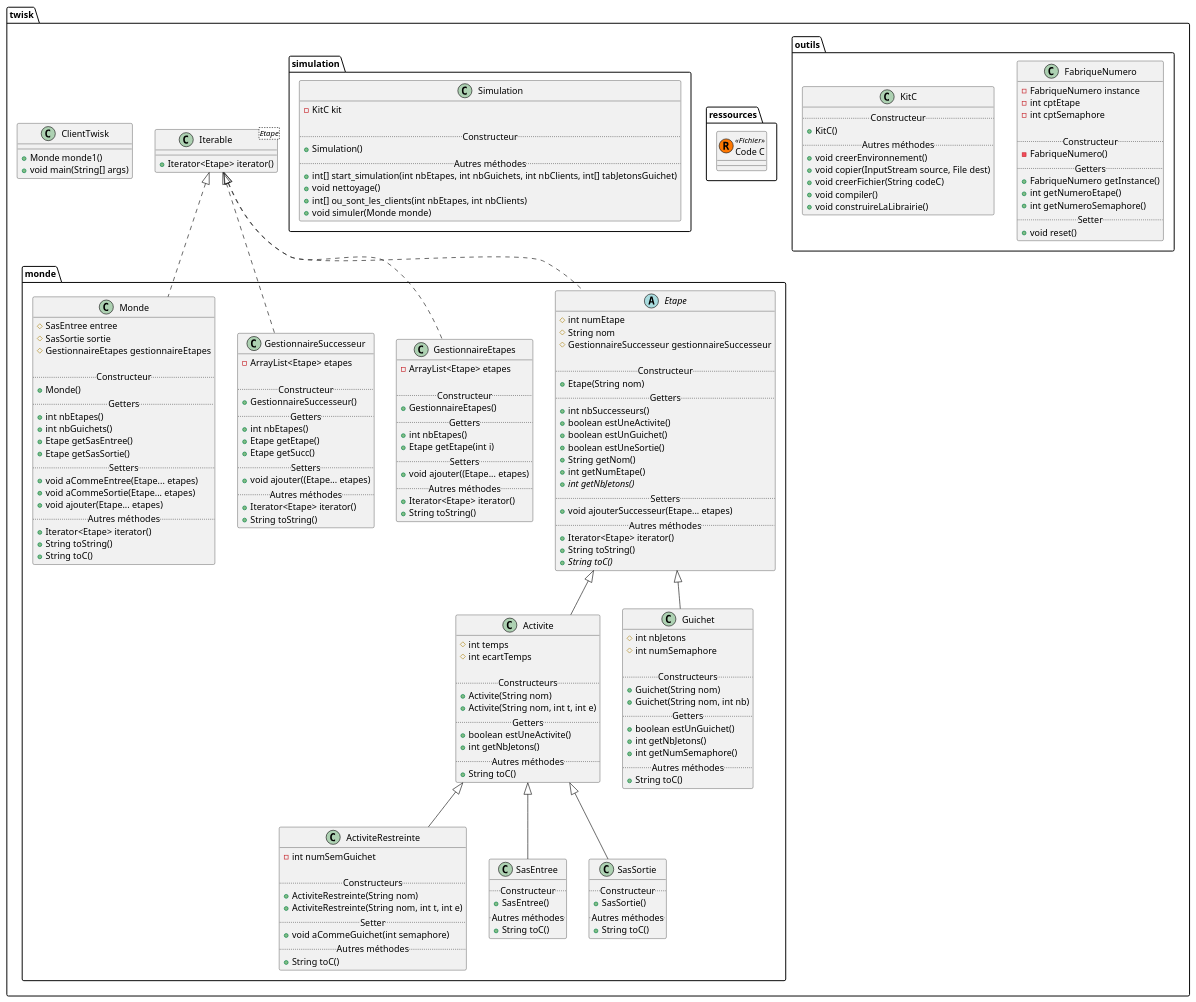
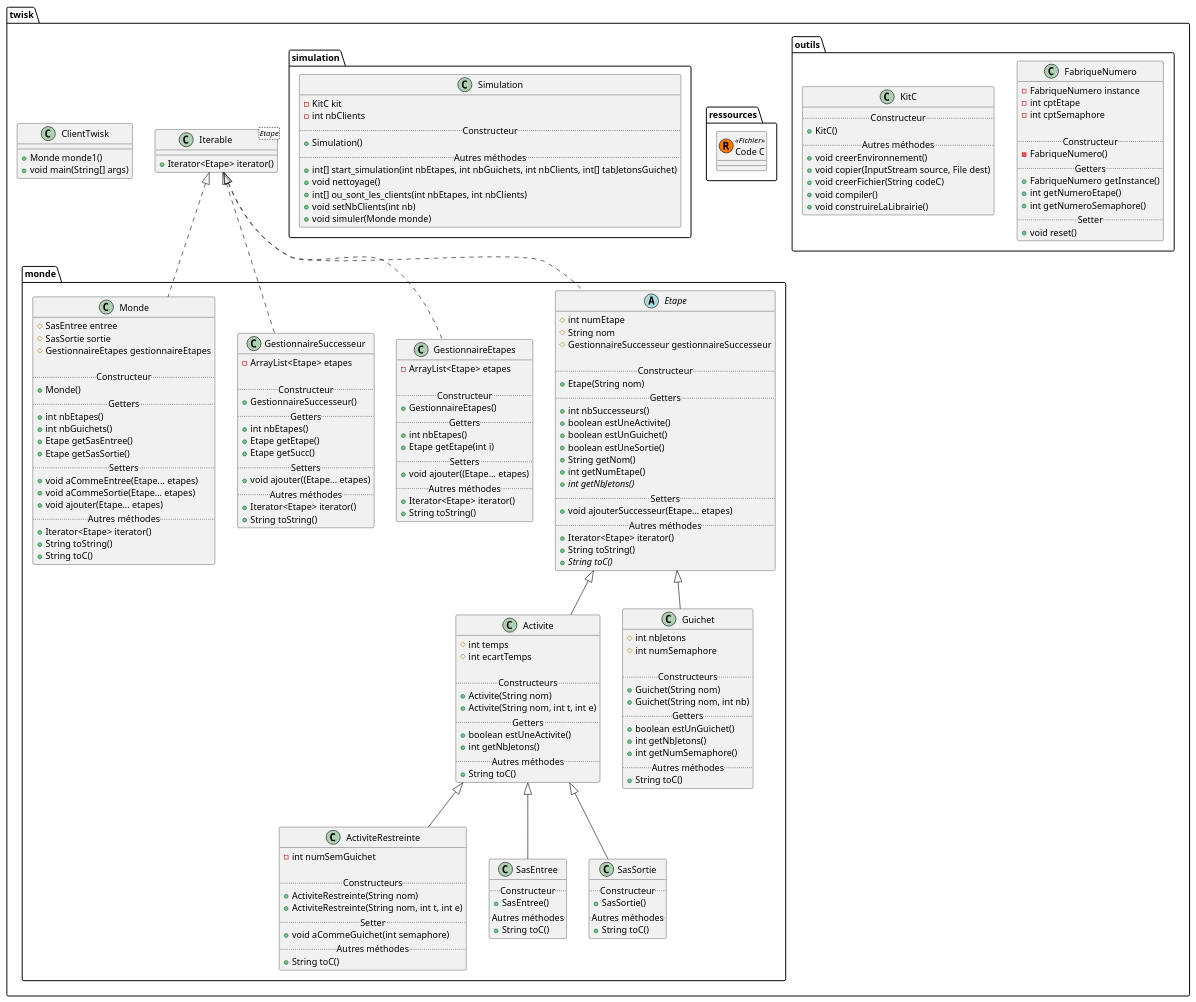
The diagram in src/twisk/diagram.puml (victord54/twisk), drawn with PlantUML before and after one commit. The commit also changed 3 other files, not shown here.

Commit message:
ajout setNbClients dans simulation

```diff
--- a/src/twisk/diagram.puml
+++ b/src/twisk/diagram.puml
@@ -168,13 +168,14 @@
     package simulation {
         class Simulation {
             - KitC kit
-
+            - int nbClients
             .. Constructeur ..
             + Simulation()
             .. Autres méthodes ..
             + int[] start_simulation(int nbEtapes, int nbGuichets, int nbClients, int[] tabJetonsGuichet)
             + void nettoyage()
             + int[] ou_sont_les_clients(int nbEtapes, int nbClients)
+            + void setNbClients(int nb)
             + void simuler(Monde monde)
         }
     }
```
